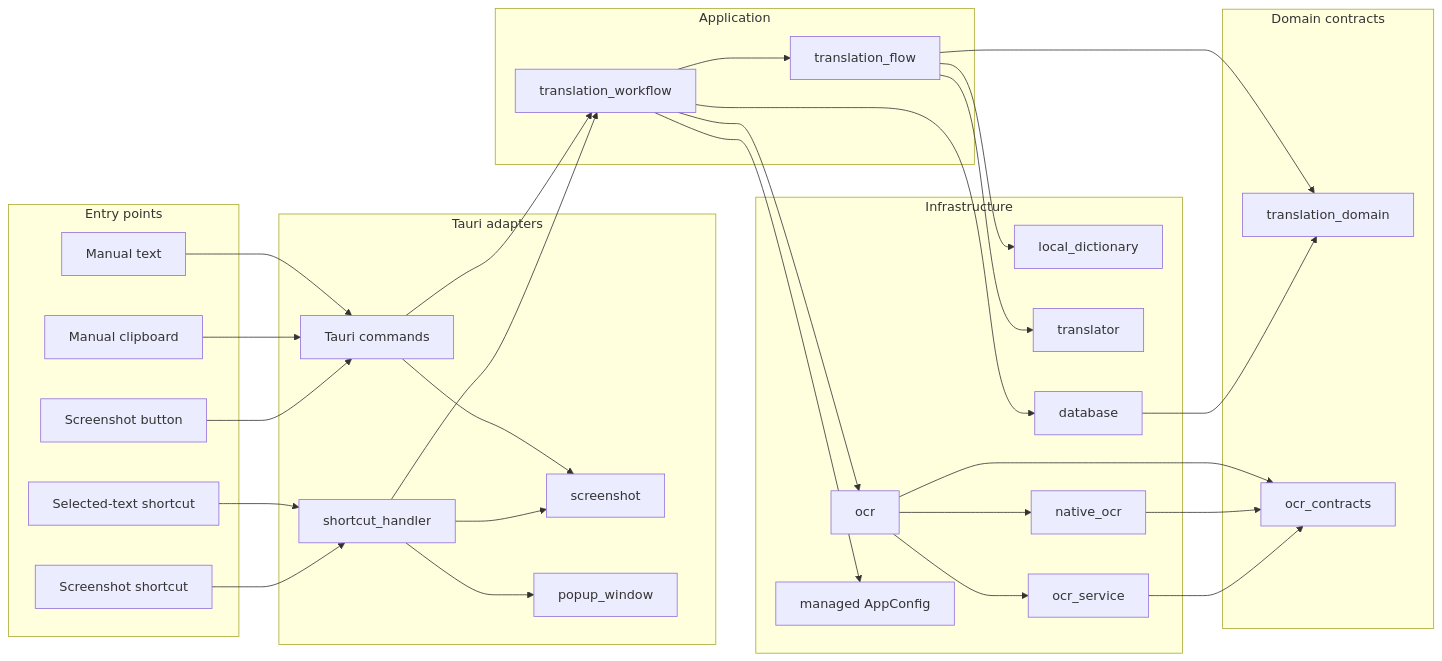
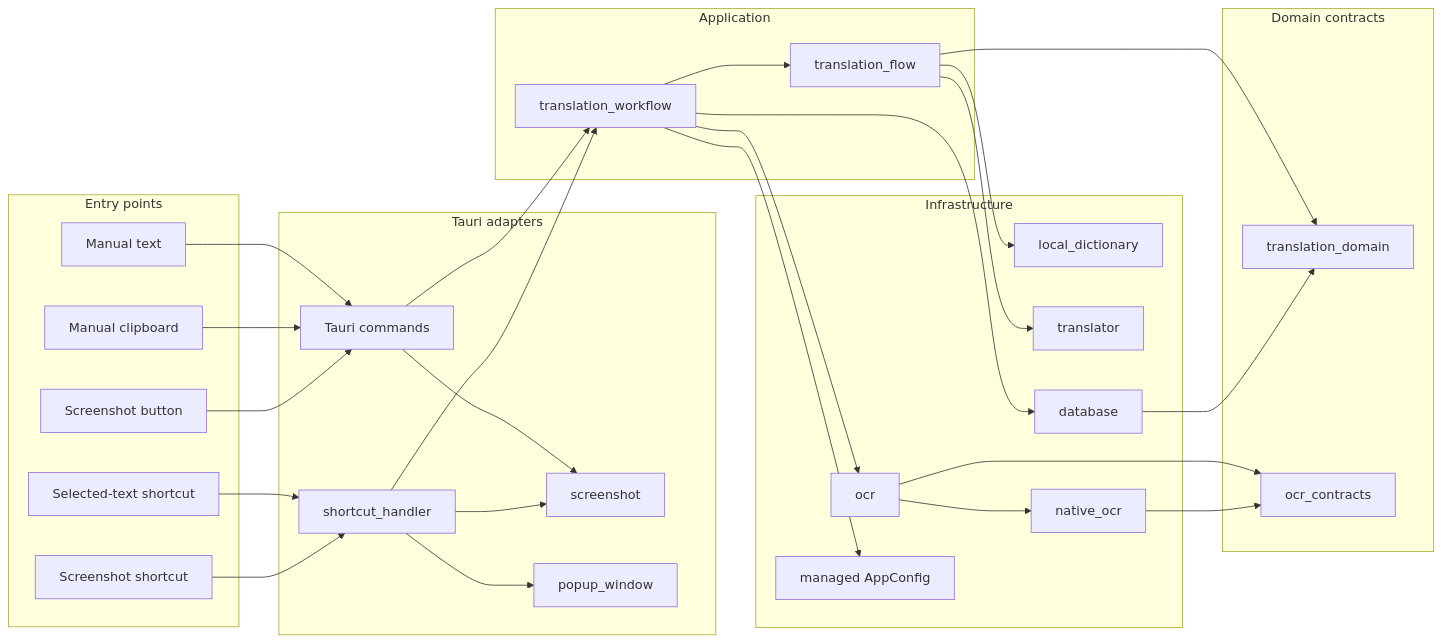
One commit to inorilzy/Translationrecordingtool changed the diagram in docs/architecture-translation-workflow.md. Above: the diagram before and after it, drawn with Mermaid. The commit also changed 21 other files, not shown here.

First line of the commit message:
feat: deepen provider gateway, expand settings seam, remove OCR sidecar

````diff
--- a/docs/architecture-translation-workflow.md
+++ b/docs/architecture-translation-workflow.md
@@ -9,61 +9,58 @@
 ```mermaid
 flowchart LR
   subgraph EntryPoints[Entry points]
     ManualText[Manual text]
     ManualClipboard[Manual clipboard]
     SelectionShortcut[Selected-text shortcut]
     ScreenshotButton[Screenshot button]
     ScreenshotShortcut[Screenshot shortcut]
   end
 
   subgraph Adapters[Tauri adapters]
     Commands[Tauri commands]
     Shortcuts[shortcut_handler]
     Capture[screenshot]
     Popup[popup_window]
   end
 
   subgraph Application[Application]
     Workflow[translation_workflow]
     Resolution[translation_flow]
   end
 
   subgraph Domain[Domain contracts]
     TranslationDomain[translation_domain]
     OcrContracts[ocr_contracts]
   end
 
   subgraph Infrastructure[Infrastructure]
     Dictionary[local_dictionary]
     Providers[translator]
     Repository[database]
     OcrFacade[ocr]
     NativeOcr[native_ocr]
-    SidecarOcr[ocr_service]
     Settings[managed AppConfig]
   end
 
   ManualText --> Commands
   ManualClipboard --> Commands
   SelectionShortcut --> Shortcuts
   ScreenshotButton --> Commands
   ScreenshotShortcut --> Shortcuts
   Commands --> Capture
   Shortcuts --> Capture
   Commands --> Workflow
   Shortcuts --> Workflow
   Shortcuts --> Popup
   Workflow --> Resolution
   Workflow --> Repository
   Workflow --> OcrFacade
   Workflow --> Settings
   Resolution --> Dictionary
   Resolution --> Providers
   Resolution --> TranslationDomain
   Repository --> TranslationDomain
   OcrFacade --> OcrContracts
   OcrFacade --> NativeOcr
-  OcrFacade --> SidecarOcr
   NativeOcr --> OcrContracts
-  SidecarOcr --> OcrContracts
 ```
````
